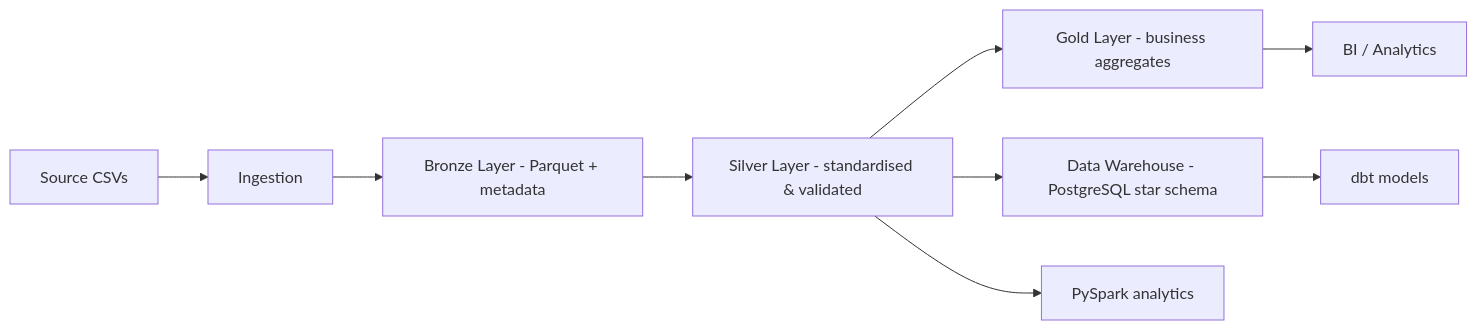
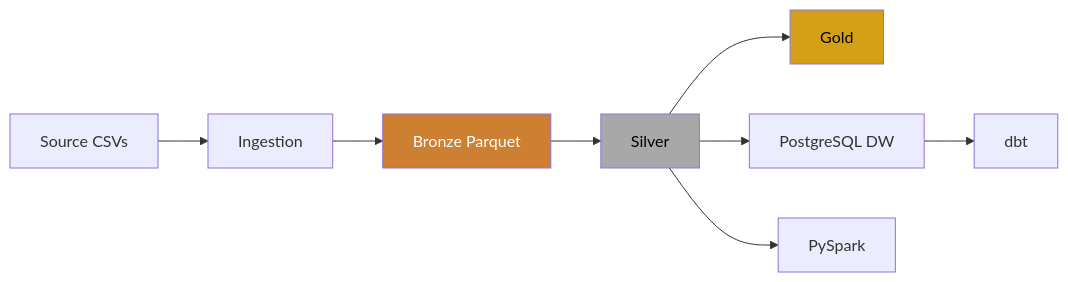
One commit to Raf-Hs/olist-marketplace-data-engineering-platform changed the diagram in README.md. Above: the diagram before and after it, drawn with Mermaid. The commit also changed other lines of this file and 16 other files, not shown here.

````diff
--- a/README.md
+++ b/README.md
@@ -18,11 +33,16 @@
 ```mermaid
 flowchart LR
-    A[Source CSVs] --> B[Ingestion]
-    B --> C[Bronze Layer - Parquet + metadata]
-    C --> D[Silver Layer - standardised & validated]
-    D --> E[Gold Layer - business aggregates]
-    D --> F[Data Warehouse - PostgreSQL star schema]
-    D --> G[PySpark analytics]
-    F --> H[dbt models]
-    E --> I[BI / Analytics]
+    S[Source CSVs] --> I[Ingestion]
+    I --> B[Bronze Parquet]
+    B --> SV[Silver]
+    SV --> G[Gold]
+    SV --> WH[PostgreSQL DW]
+    WH --> DBT[dbt]
+    SV --> SP[PySpark]
+    classDef bronze fill:#cd7f32,color:#fff
+    classDef silver fill:#a8a8a8,color:#000
+    classDef gold fill:#d4a017,color:#000
+    class B bronze
+    class SV silver
+    class G gold
 ```
````
